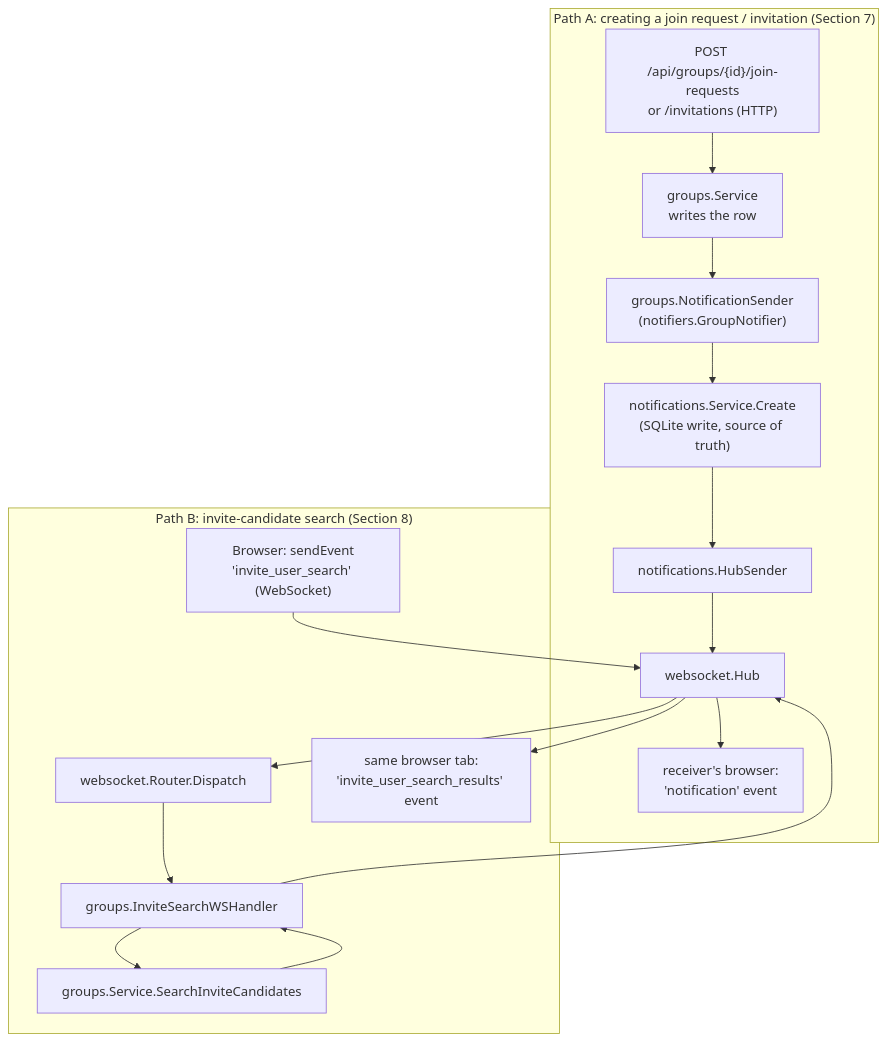
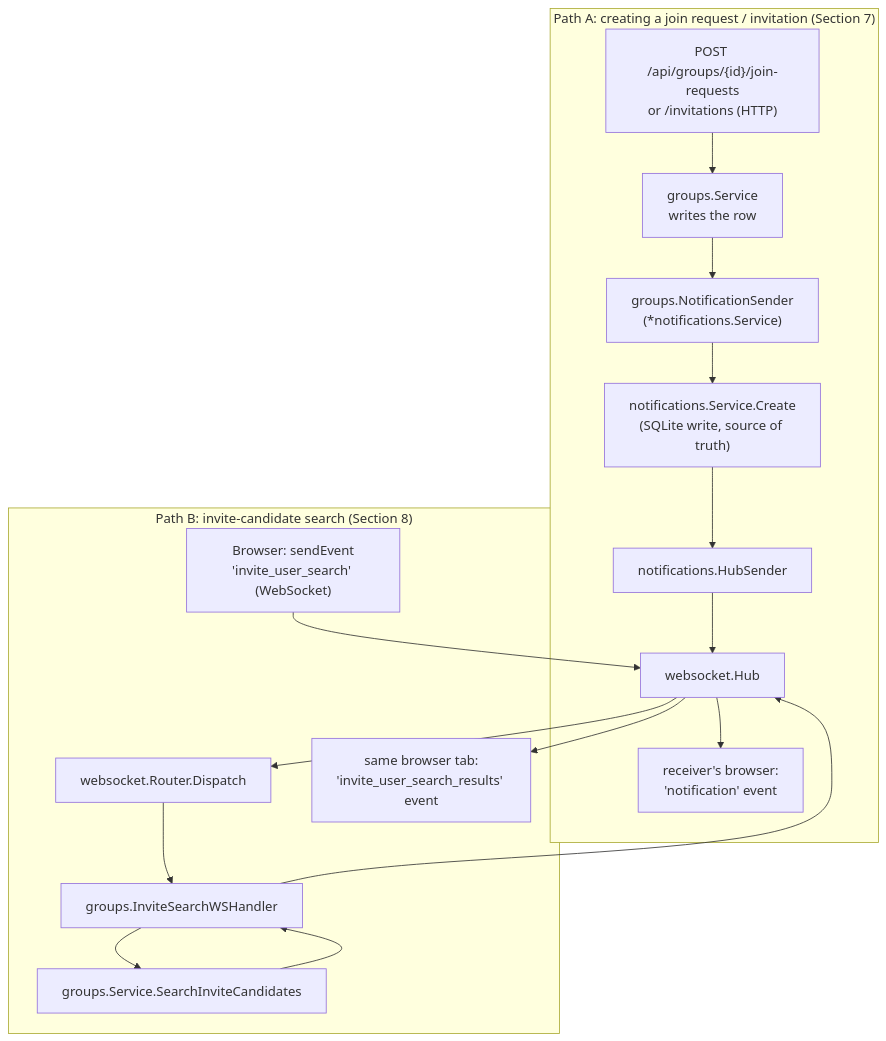
Before and after one commit to hussainhht/Spacial-Network: the third of 3 diagrams in docs/backend_docs/groups-system.md, drawn with Mermaid. The commit also changed other lines of this file and 2 other files, not shown here.

Commit message:
docs(notifications): add comment about date formatting utility

````diff
--- a/docs/backend_docs/groups-system.md
+++ b/docs/backend_docs/groups-system.md
@@ -373,21 +362,21 @@
 ```mermaid
 flowchart TD
     subgraph "Path A: creating a join request / invitation (Section 7)"
         A1["POST /api/groups/{id}/join-requests\nor /invitations (HTTP)"] --> A2["groups.Service\nwrites the row"]
-        A2 --> A3["groups.NotificationSender\n(notifiers.GroupNotifier)"]
+        A2 --> A3["groups.NotificationSender\n(*notifications.Service)"]
         A3 --> A4["notifications.Service.Create\n(SQLite write, source of truth)"]
         A4 --> A5["notifications.HubSender"]
         A5 --> Hub["websocket.Hub"]
         Hub --> A6["receiver's browser:\n'notification' event"]
     end
 
     subgraph "Path B: invite-candidate search (Section 8)"
         B1["Browser: sendEvent\n'invite_user_search' (WebSocket)"] --> Hub
         Hub --> B2["websocket.Router.Dispatch"]
         B2 --> B3["groups.InviteSearchWSHandler"]
         B3 --> B4["groups.Service.SearchInviteCandidates"]
         B4 --> B3
         B3 --> Hub
         Hub --> B5["same browser tab:\n'invite_user_search_results' event"]
     end
 ```
````
